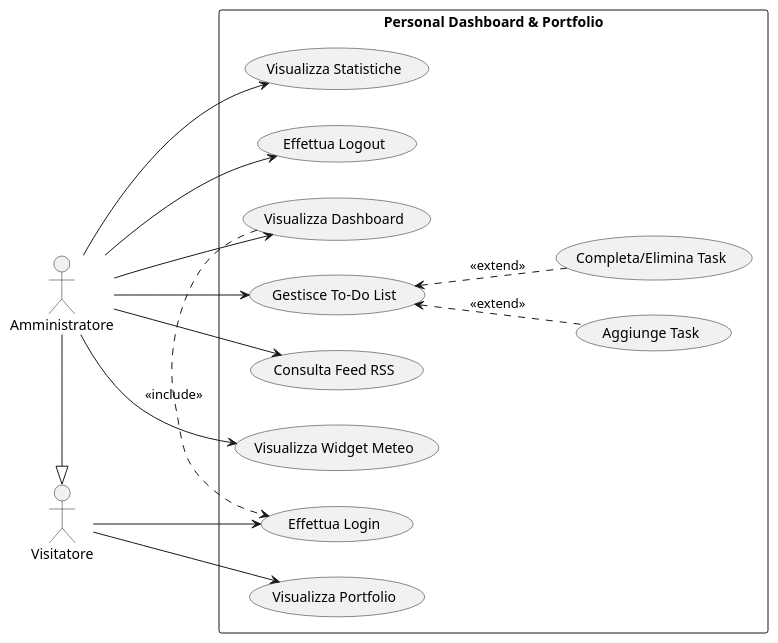
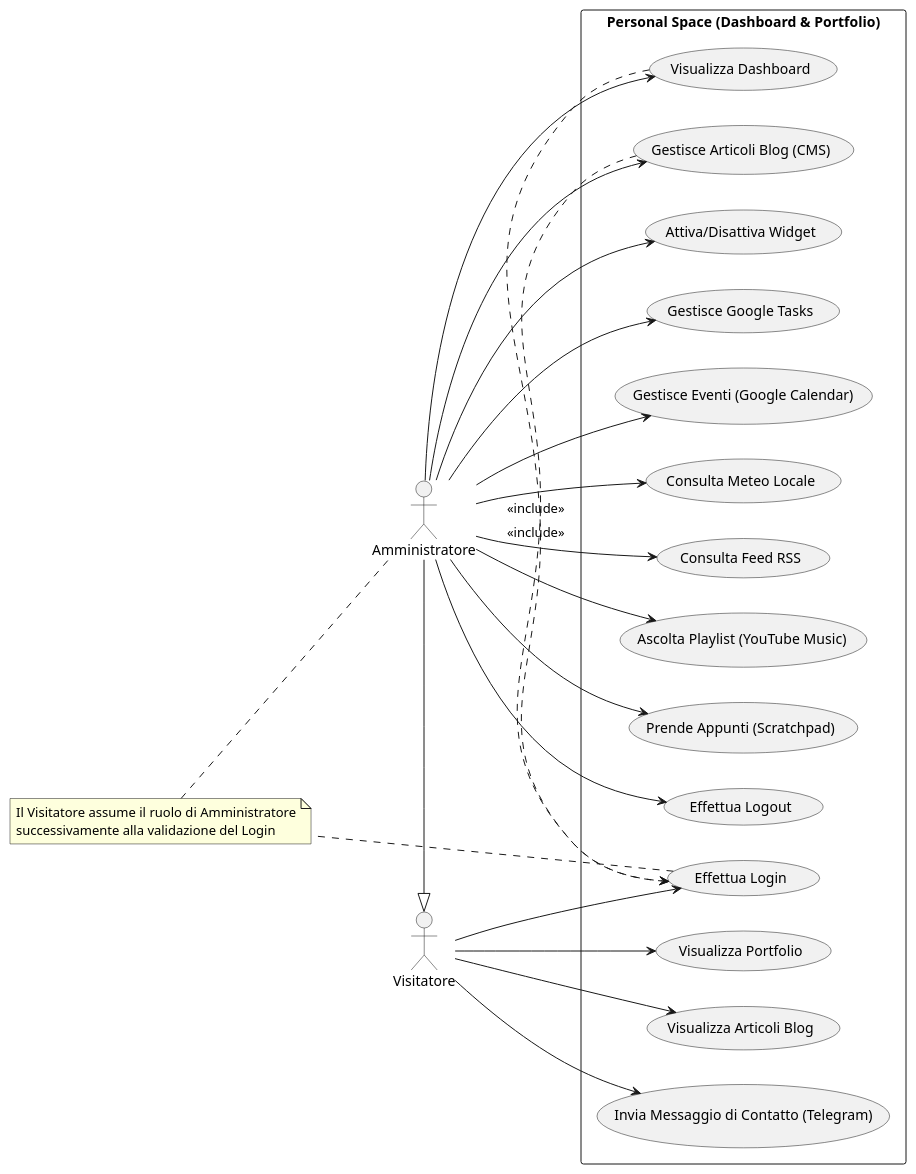
One commit to EldarNedria/Personal-Space changed the diagram in docs/diagramma_casi_uso.puml. Above: the diagram before and after it, drawn with PlantUML.

Commit message:
docs: add PlantUML use case diagram for system architecture and user roles

```diff
--- a/docs/diagramma_casi_uso.puml
+++ b/docs/diagramma_casi_uso.puml
@@ -1,49 +1,61 @@
 @startuml
 left to right direction
 skinparam packageStyle rectangle
 
 ' Definizione degli Attori
 actor "Visitatore" as guest
 actor "Amministratore" as admin
 
 ' L'Amministratore eredita i permessi del Visitatore
 admin -|> guest
 
 ' Sistema
-rectangle "Personal Dashboard & Portfolio" {
+rectangle "Personal Space (Dashboard & Portfolio)" {
   
   ' Casi d'uso del Visitatore
   usecase "Visualizza Portfolio" as UC1
-  usecase "Effettua Login" as UC2
+  usecase "Visualizza Articoli Blog" as UC1b
+  usecase "Invia Messaggio di Contatto (Telegram)" as UC2
+  usecase "Effettua Login" as UC3
   
   ' Casi d'uso dell'Amministratore
-  usecase "Visualizza Dashboard" as UC3
-  usecase "Gestisce To-Do List" as UC4
-  usecase "Aggiunge Task" as UC4a
-  usecase "Completa/Elimina Task" as UC4b
-  usecase "Consulta Feed RSS" as UC5
-  usecase "Visualizza Widget Meteo" as UC6
-  usecase "Visualizza Statistiche" as UC7
-  usecase "Effettua Logout" as UC8
+  usecase "Visualizza Dashboard" as UC4
+  usecase "Attiva/Disattiva Widget" as UC5
+  usecase "Gestisce Google Tasks" as UC6
+  usecase "Gestisce Eventi (Google Calendar)" as UC7
+  usecase "Gestisce Articoli Blog (CMS)" as UC8
+  usecase "Consulta Meteo Locale" as UC9
+  usecase "Consulta Feed RSS" as UC10
+  usecase "Ascolta Playlist (YouTube Music)" as UC11
+  usecase "Prende Appunti (Scratchpad)" as UC12
+  usecase "Effettua Logout" as UC13
 }
 
 ' Collegamenti Visitatore
 guest --> UC1
+guest --> UC1b
 guest --> UC2
+guest --> UC3
+
+' Nota esplicativa sul cambio di ruolo
+note "Il Visitatore assume il ruolo di Amministratore\nsuccessivamente alla validazione del Login" as NoteLogin
+UC3 .. NoteLogin
+NoteLogin .. admin
 
 ' Collegamenti Amministratore
-admin --> UC3
 admin --> UC4
 admin --> UC5
 admin --> UC6
 admin --> UC7
 admin --> UC8
+admin --> UC9
+admin --> UC10
+admin --> UC11
+admin --> UC12
+admin --> UC13
 
-' Sotto-casi per la To-Do List
-UC4 <.. UC4a : <<extend>>
-UC4 <.. UC4b : <<extend>>
-
-' Dipendenze: Per vedere la dashboard o gestire i task, bisogna fare il login
-UC3 .> UC2 : <<include>>
+' Dipendenze: Per accedere alla dashboard e alle funzioni avanzate è necessario il login
+UC4 .> UC3 : <<include>>
+UC8 .> UC3 : <<include>>
 
 @enduml
```
